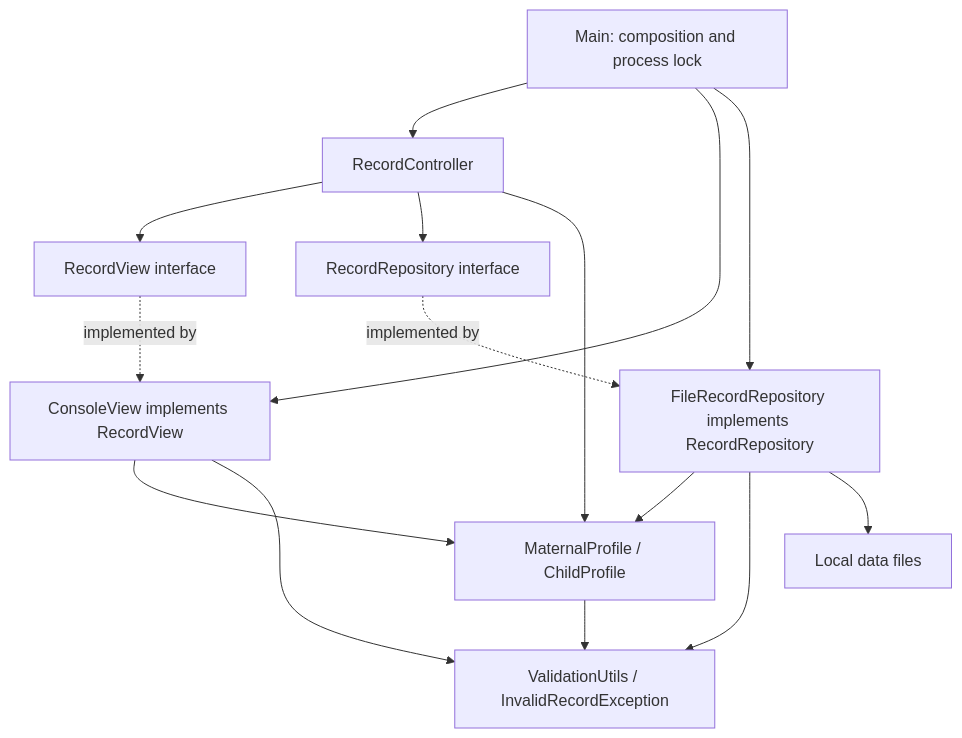
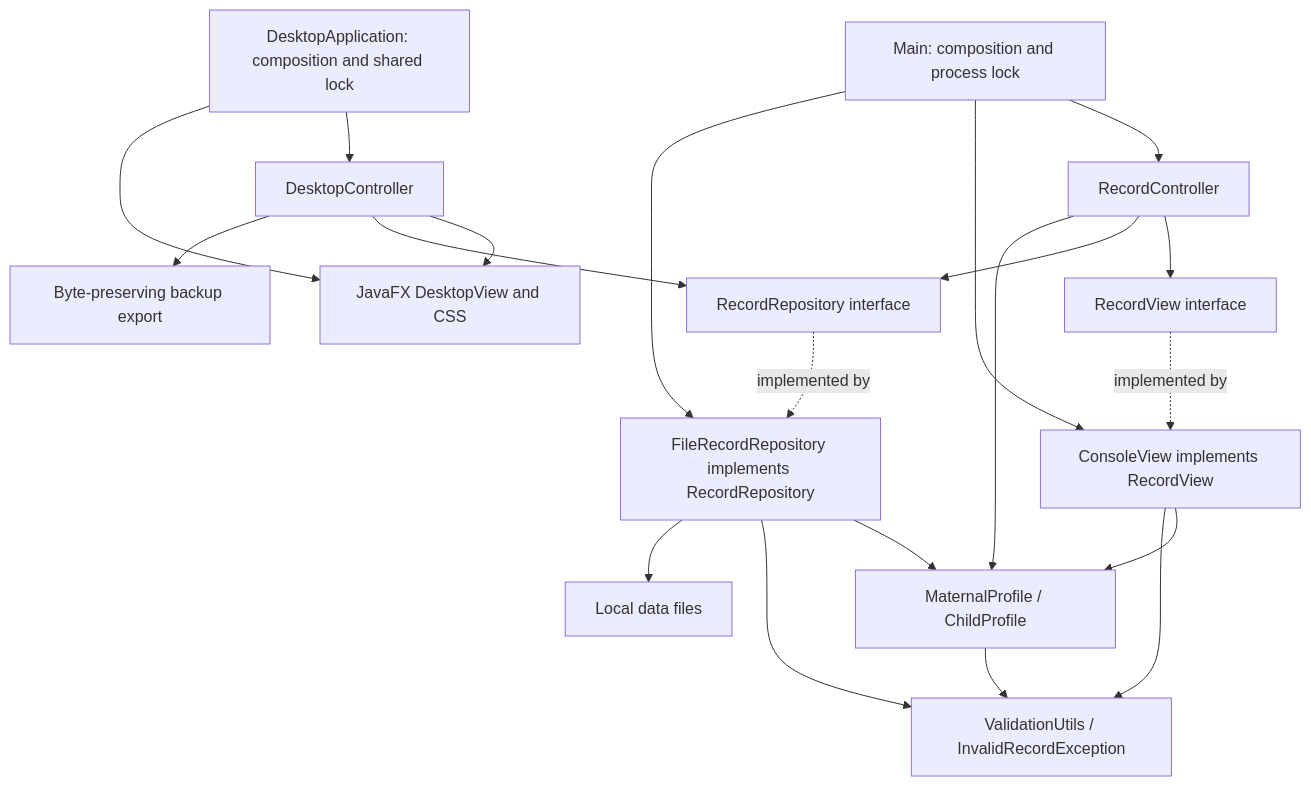
One commit to ragingandgamers-ops/e-nay changed the diagram in docs/ARCHITECTURE.md. Above: the diagram before and after it, drawn with Mermaid. The commit also changed other lines of this file and 27 other files, not shown here.

Commit message:
Add JavaFX desktop registry with safe editing and backups

````diff
--- a/docs/ARCHITECTURE.md
+++ b/docs/ARCHITECTURE.md
@@ -3,17 +3,22 @@
 ```mermaid
 flowchart TD
+    DesktopApp[DesktopApplication: composition and shared lock] --> DesktopController
+    DesktopApp --> DesktopView[JavaFX DesktopView and CSS]
+    DesktopController --> DesktopView
+    DesktopController --> StoreAPI
+    DesktopController --> BackupExporter[Byte-preserving backup export]
     Main[Main: composition and process lock] --> Controller[RecordController]
     Main --> View[ConsoleView implements RecordView]
     Main --> Store[FileRecordRepository implements RecordRepository]
     Controller --> ViewAPI[RecordView interface]
     Controller --> StoreAPI[RecordRepository interface]
     ViewAPI -. implemented by .-> View
     StoreAPI -. implemented by .-> Store
     Store --> Models[MaternalProfile / ChildProfile]
     View --> Models
     Controller --> Models
     Models --> Validation[ValidationUtils / InvalidRecordException]
     Store --> Validation
     View --> Validation
     Store --> Files[Local data files]
 ```
````
